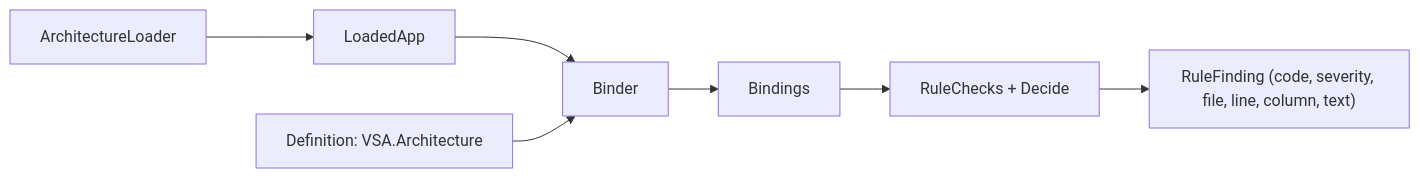
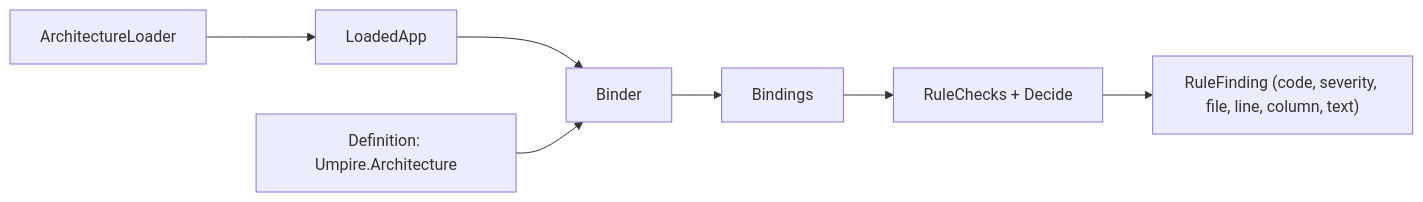
Before and after one commit to MgCohen/vsa-template: the diagram in docs/architecture-engine.md, drawn with Mermaid. The commit also changed other lines of this file and 568 other files, not shown here.

````diff
--- a/docs/architecture-engine.md
+++ b/docs/architecture-engine.md
@@ -5,9 +5,9 @@
 ```mermaid
 flowchart LR
     L[ArchitectureLoader] --> A[LoadedApp]
     A --> B[Binder]
-    D[Definition: VSA.Architecture] --> B
+    D[Definition: Umpire.Architecture] --> B
     B --> S[Bindings]
     S --> C[RuleChecks + Decide]
     C --> F["RuleFinding (code, severity, file, line, column, text)"]
 ```
````
